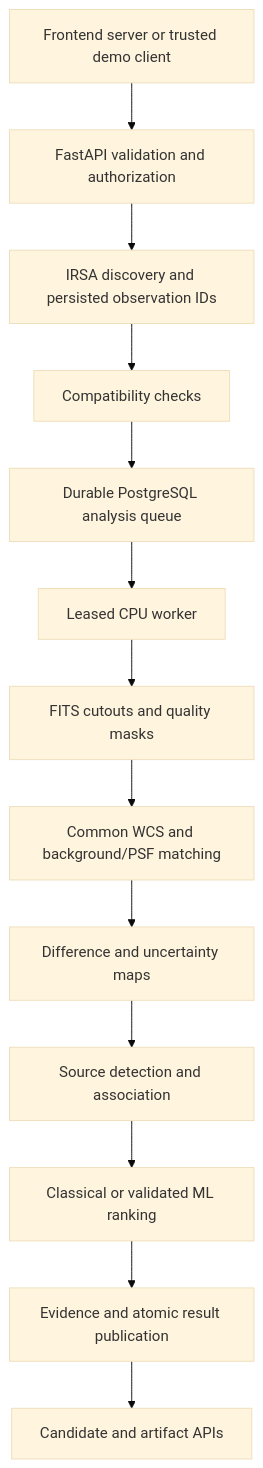
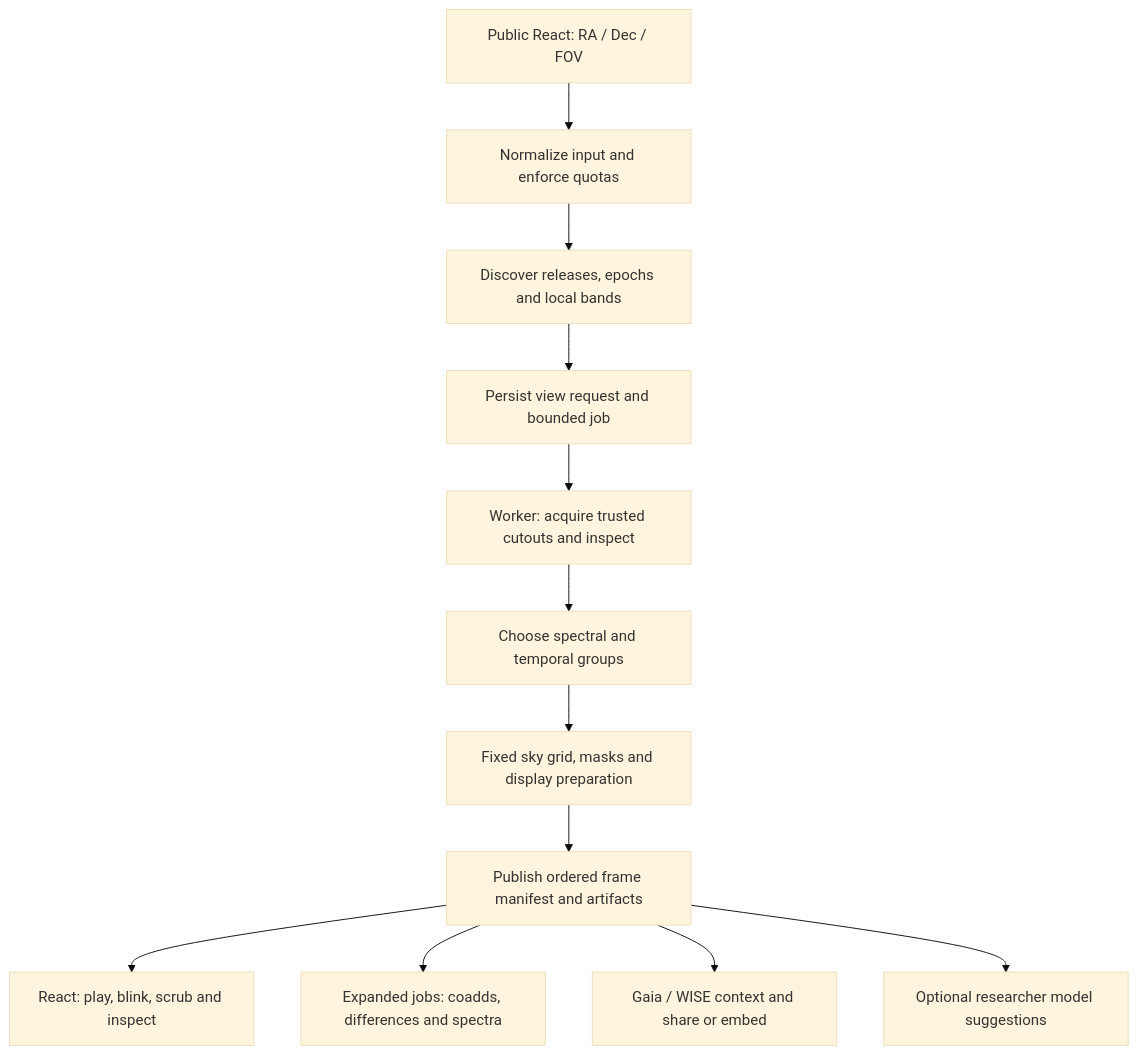
Before and after one commit to Ahiraf/AegisEarth: the diagram in docs/backend_pipeline.md, drawn with Mermaid (base theme). The commit also changed other lines of this file and 254 other files, not shown here.

First line of the commit message:
Implement SPHEREx discovery and durable frame preparation backend

````diff
--- a/docs/backend_pipeline.md
+++ b/docs/backend_pipeline.md
@@ -13,15 +15,14 @@
 ```mermaid
 flowchart TD
-  A[Frontend server or trusted demo client] --> B[FastAPI validation and authorization]
-  B --> C[IRSA discovery and persisted observation IDs]
-  C --> D[Compatibility checks]
-  D --> E[Durable PostgreSQL analysis queue]
-  E --> F[Leased CPU worker]
-  F --> G[FITS cutouts and quality masks]
-  G --> H[Common WCS and background/PSF matching]
-  H --> I[Difference and uncertainty maps]
-  I --> J[Source detection and association]
-  J --> K[Classical or validated ML ranking]
-  K --> L[Evidence and atomic result publication]
-  L --> M[Candidate and artifact APIs]
+  A[Public React: RA / Dec / FOV] --> B[Normalize input and enforce quotas]
+  B --> C[Discover releases, epochs and local bands]
+  C --> D[Persist view request and bounded job]
+  D --> E[Worker: acquire trusted cutouts and inspect]
+  E --> F[Choose spectral and temporal groups]
+  F --> G[Fixed sky grid, masks and display preparation]
+  G --> H[Publish ordered frame manifest and artifacts]
+  H --> I[React: play, blink, scrub and inspect]
+  H --> J[Expanded jobs: coadds, differences and spectra]
+  H --> K[Gaia / WISE context and share or embed]
+  H --> L[Optional researcher model suggestions]
 ```
````
